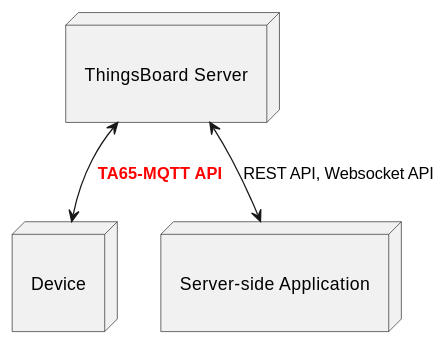
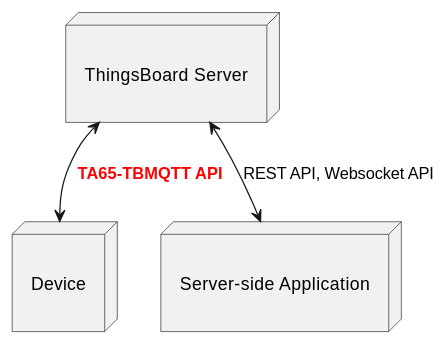
Before and after one commit to avantec-iot/avantec-thingsboard: the first of 16 diagrams in docs/protocol/ta65-mqtt-api.rst, drawn with PlantUML. The commit also changed other lines of this file and 5 other files, not shown here.

```diff
--- a/docs/protocol/ta65-mqtt-api.rst
+++ b/docs/protocol/ta65-mqtt-api.rst
@@ -10,13 +10,13 @@
 .. uml::
 
    node "\nThingsBoard Server\n" as TBSrv {
    }
 
    node "\nDevice\n" as TBDev {
    }
 
    node "\nServer-side Application\n" as TBApp {
    }
 
-   TBSrv <-down-> TBDev : <color:#FF0000> **TA65-MQTT API** </color>
+   TBSrv <-down-> TBDev : <color:#FF0000> **TA65-TBMQTT API** </color>
    TBSrv <-down-> TBApp : REST API, Websocket API
```
